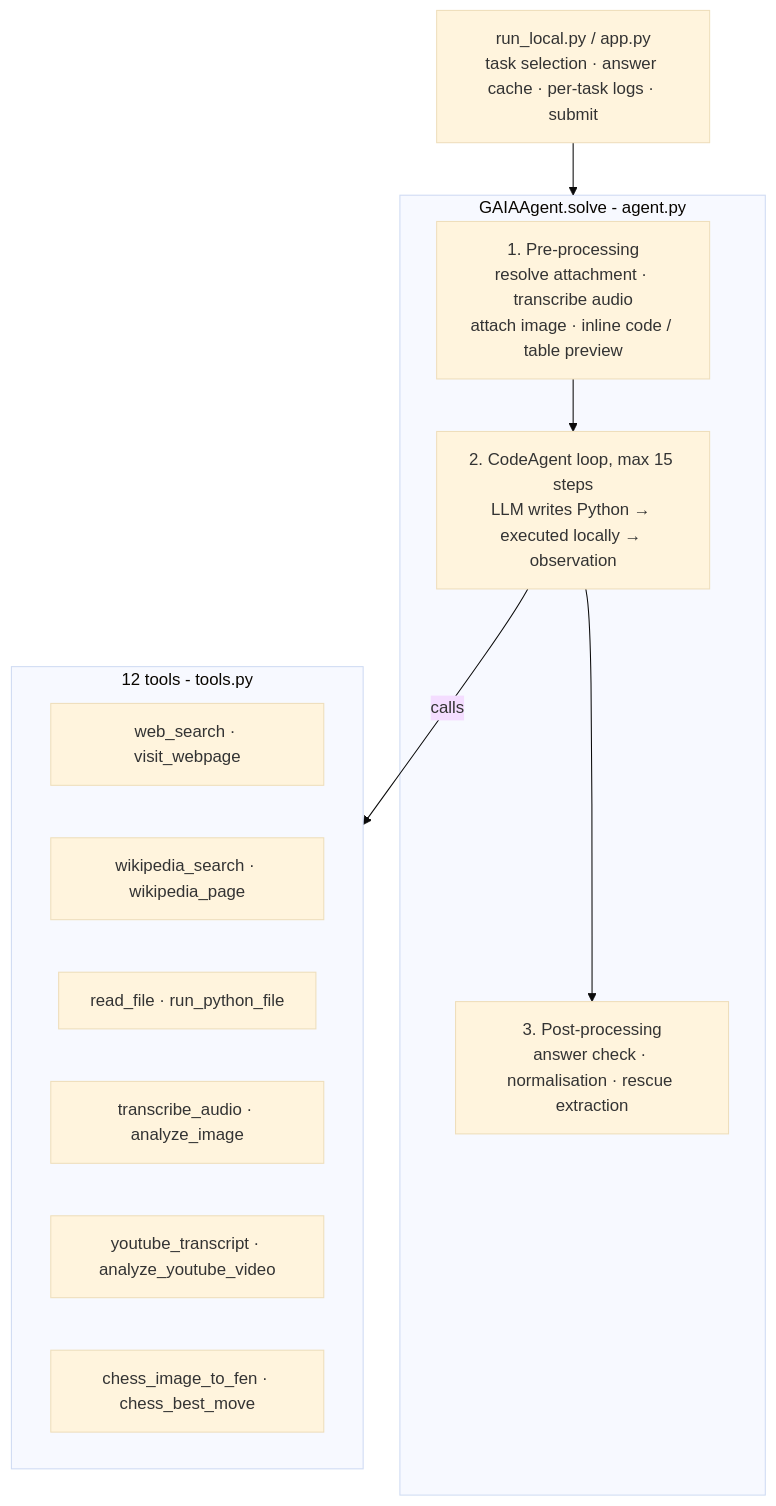
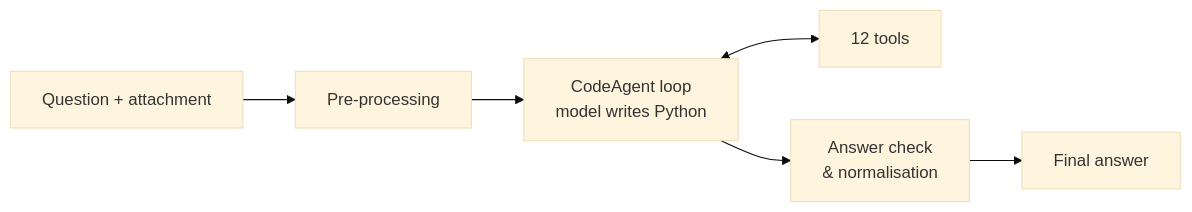
Before and after one commit to sun97956/gala_agent: the diagram in README.md, drawn with Mermaid (base theme). The commit also changed other lines of this file and 1 other file, not shown here.

````diff
--- a/README.md
+++ b/README.md
@@ -17,19 +16,8 @@
 ```mermaid
-flowchart TD
-    A[run_local.py / app.py<br/>task selection · answer cache · per-task logs · submit] --> B
-    subgraph B[GAIAAgent.solve - agent.py]
-        B1[1. Pre-processing<br/>resolve attachment · transcribe audio<br/>attach image · inline code / table preview]
-        B2[2. CodeAgent loop, max 15 steps<br/>LLM writes Python → executed locally → observation]
-        B3[3. Post-processing<br/>answer check · normalisation · rescue extraction]
-        B1 --> B2 --> B3
-    end
-    B2 -- calls --> T
-    subgraph T[12 tools - tools.py]
-        T1[web_search · visit_webpage]
-        T2[wikipedia_search · wikipedia_page]
-        T3[read_file · run_python_file]
-        T4[transcribe_audio · analyze_image]
-        T5[youtube_transcript · analyze_youtube_video]
-        T6[chess_image_to_fen · chess_best_move]
-    end
+flowchart LR
+    Q[Question + attachment] --> P[Pre-processing]
+    P --> L[CodeAgent loop<br/>model writes Python]
+    L <--> T[12 tools]
+    L --> C[Answer check<br/>& normalisation]
+    C --> A[Final answer]
 ```
````
